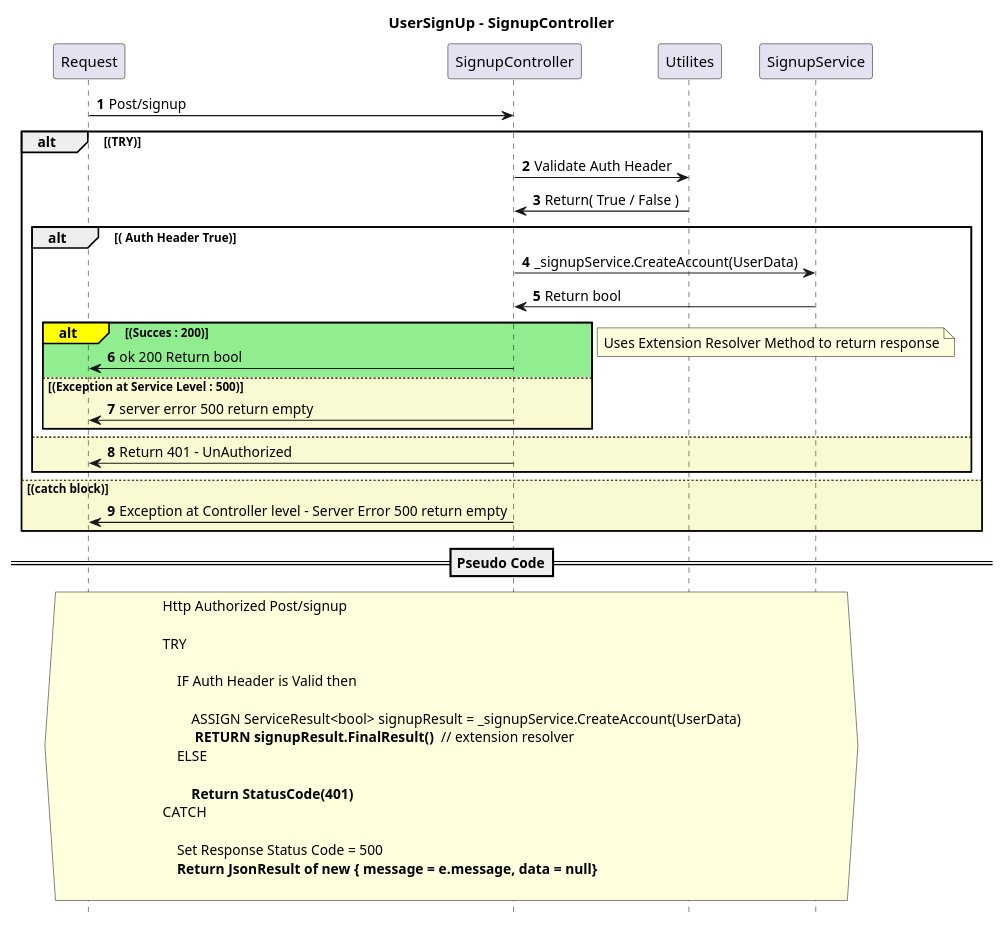
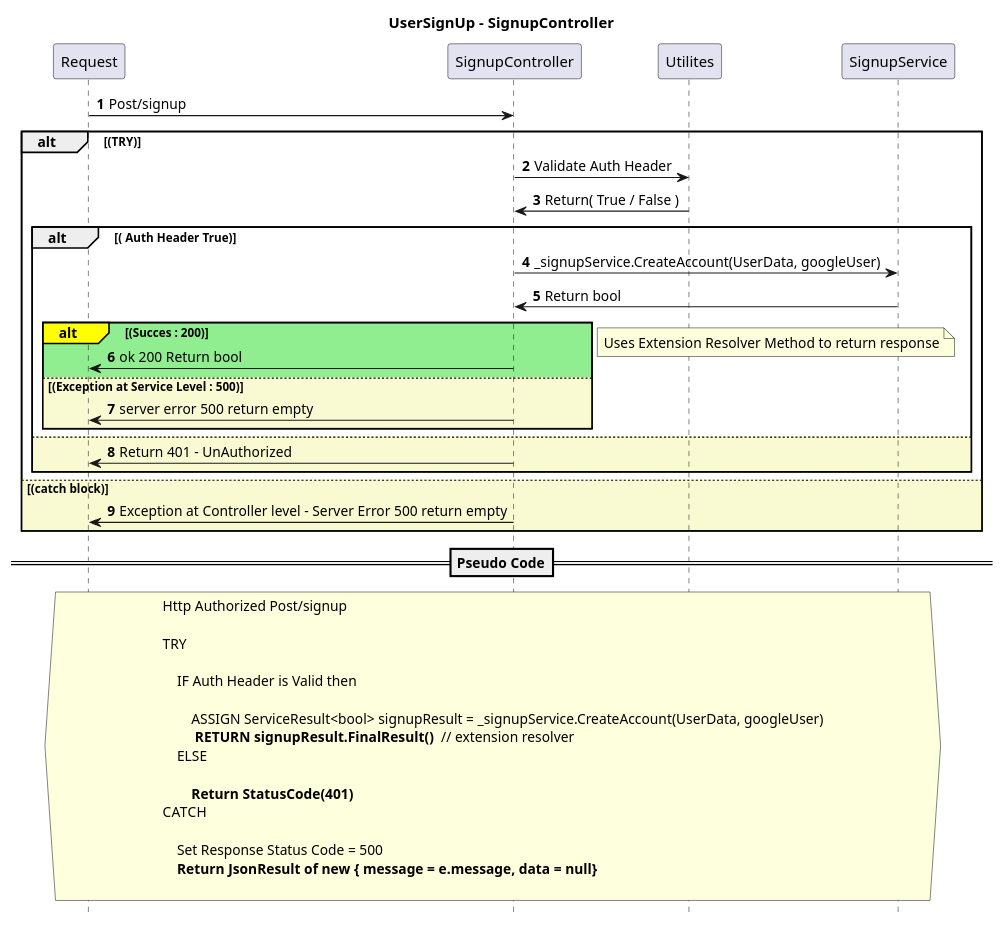
One commit to nainamuhammed/foodie-service changed the diagram in Restaurant_Web_Api/Controllers/Signup/Design/UserSignUp.puml. Above: the diagram before and after it, drawn with PlantUML. The commit also changed 14 other files, not shown here.

```diff
--- a/Restaurant_Web_Api/Controllers/Signup/Design/UserSignUp.puml
+++ b/Restaurant_Web_Api/Controllers/Signup/Design/UserSignUp.puml
@@ -1,62 +1,62 @@
 @startuml
 
 title UserSignUp - SignupController
 autonumber
 hide footbox
 
 Participant Request
 participant SignupController
 participant Utilites
 participant SignupService
 
 Request -> SignupController : Post/signup
 
 alt (TRY)
     SignupController -> Utilites : Validate Auth Header
     Utilites -> SignupController : Return( True / False )
 
     alt ( Auth Header True)
-        SignupController -> SignupService : _signupService.CreateAccount(UserData)
+        SignupController -> SignupService : _signupService.CreateAccount(UserData, googleUser)
         
         SignupService -> SignupController : Return bool
 
         alt#Yellow #LightGreen (Succes : 200)
             SignupController -> Request : ok 200 Return bool
         else #LightGoldenRodYellow (Exception at Service Level : 500)
 
             SignupController -> Request : server error 500 return empty
         end
     note left: Uses Extension Resolver Method to return response
     else #LightGoldenRodYellow
         SignupController -> Request :Return 401 - UnAuthorized 
     end
 
 else #LightGoldenRodYellow (catch block)
     SignupController -> Request : Exception at Controller level - Server Error 500 return empty
 end
 
 
 ==Pseudo Code==
 
 hnote across
 Http Authorized Post/signup
 
 TRY
 
     IF Auth Header is Valid then
 
-        ASSIGN ServiceResult<bool> signupResult = _signupService.CreateAccount(UserData)
+        ASSIGN ServiceResult<bool> signupResult = _signupService.CreateAccount(UserData, googleUser)
         ** RETURN signupResult.FinalResult() ** // extension resolver
     ELSE
 
         **Return StatusCode(401)**
 CATCH
 
     Set Response Status Code = 500
     **Return JsonResult of new { message = e.message, data = null}**
 
 end note
 
 
 
 @enduml
```
